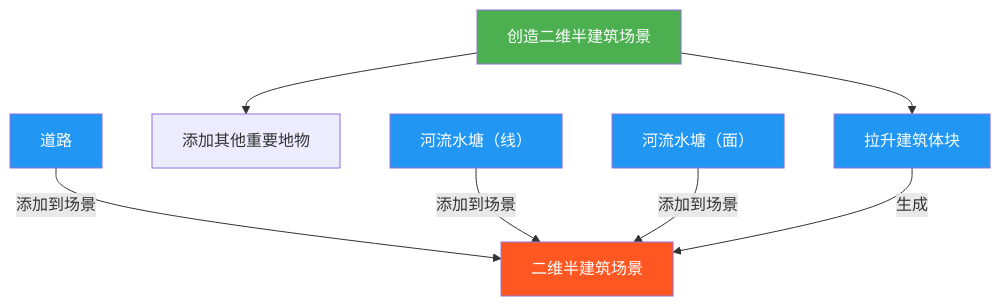
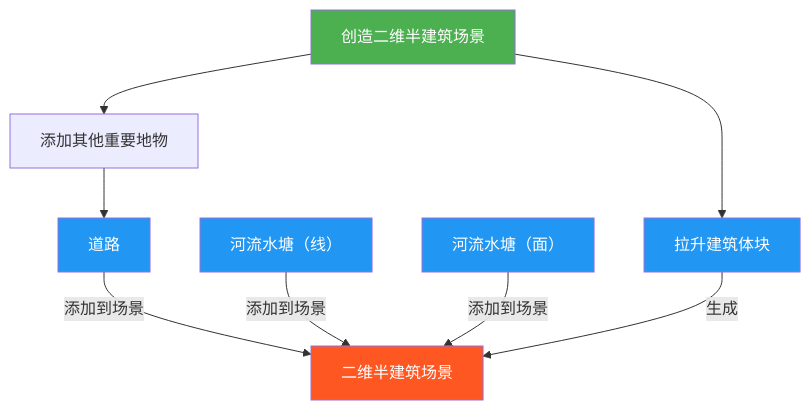
The diagram in all/未命名.md (newguser/iodraw-files), drawn with Mermaid before and after one commit.

Commit message:
2025-02-27 21:51:27 update

````diff
--- a/all/未命名.md
+++ b/all/未命名.md
@@ -1,17 +1,17 @@
 ```mermaid
 graph TD
     A[创造二维半建筑场景] --> B[拉升建筑体块]
     A --> C[添加其他重要地物]
-C[添加其他重要地物]
+C[添加其他重要地物]-->
         C1[道路] -->|添加到场景| D[二维半建筑场景]
         C2[河流水塘（线）] -->|添加到场景| D
         C3[河流水塘（面）] -->|添加到场景| D
 
 
     B -->|生成| D[二维半建筑场景]
 
     style A fill:#4CAF50,color:white
     style D fill:#FF5722,color:white
     classDef process fill:#2196F3,color:white;
     class B,C1,C2,C3 process
 ```
````
